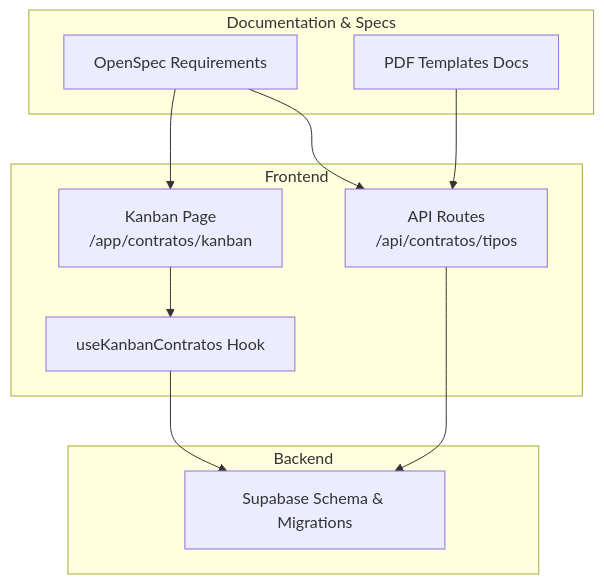
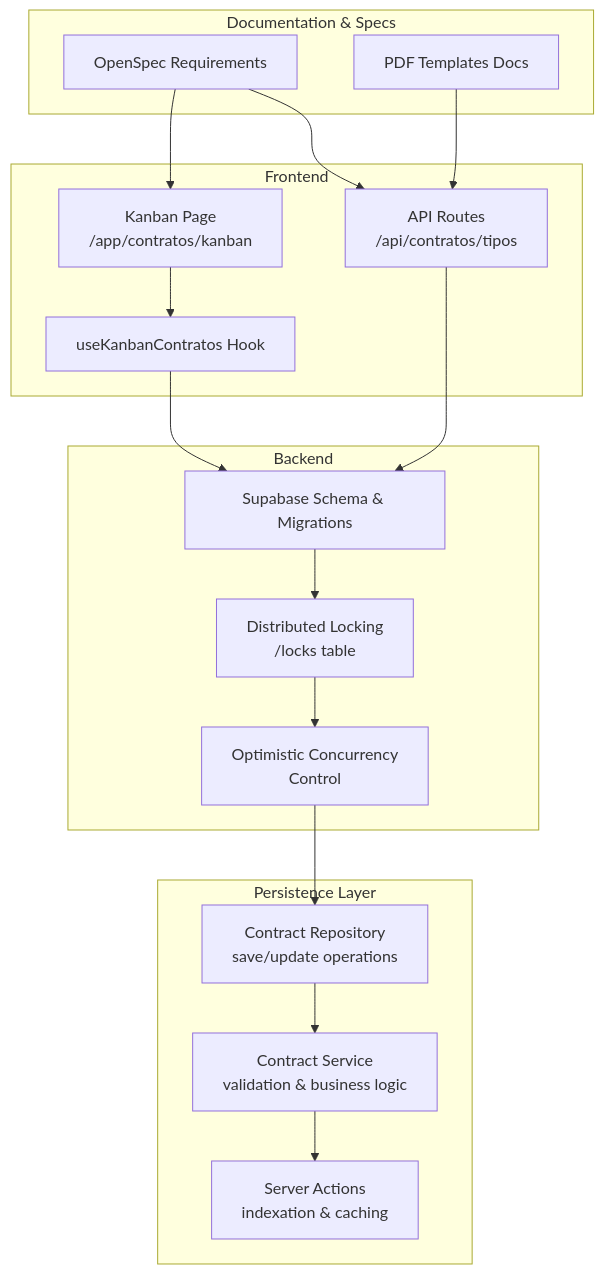
The first of 14 diagrams in .qoder/repowiki/en/content/Contract Management System/Contract Management System.md (SinesysTech/zattar-os), drawn with Mermaid before and after one commit. The commit also changed other lines of this file and 14 other files, not shown here.

````diff
--- a/.qoder/repowiki/en/content/Contract Management System/Contract Management System.md
+++ b/.qoder/repowiki/en/content/Contract Management System/Contract Management System.md
@@ -51,21 +73,33 @@
 ```mermaid
 graph TB
 subgraph "Frontend"
 FE_API["API Routes<br/>/api/contratos/tipos"]
 FE_KANBAN["Kanban Page<br/>/app/contratos/kanban"]
 FE_HOOKS["useKanbanContratos Hook"]
 end
 subgraph "Backend"
 SUPABASE["Supabase Schema & Migrations"]
+LOCKING["Distributed Locking<br/>/locks table"]
+OCC["Optimistic Concurrency<br/>Control"]
+end
+subgraph "Persistence Layer"
+REPO["Contract Repository<br/>save/update operations"]
+SERVICE["Contract Service<br/>validation & business logic"]
+ACTIONS["Server Actions<br/>indexation & caching"]
 end
 subgraph "Documentation & Specs"
 OPSPEC["OpenSpec Requirements"]
 DOCS["PDF Templates Docs"]
 end
 FE_API --> SUPABASE
 FE_KANBAN --> FE_HOOKS
 FE_HOOKS --> SUPABASE
+SUPABASE --> LOCKING
+LOCKING --> OCC
+OCC --> REPO
+REPO --> SERVICE
+SERVICE --> ACTIONS
 OPSPEC --> FE_API
 OPSPEC --> FE_KANBAN
 DOCS --> FE_API
 ```
````
